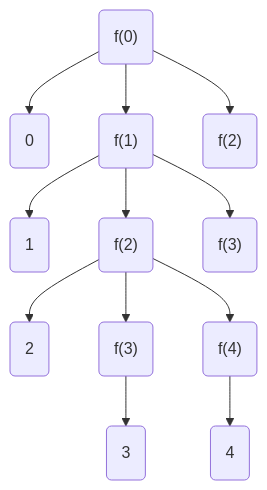
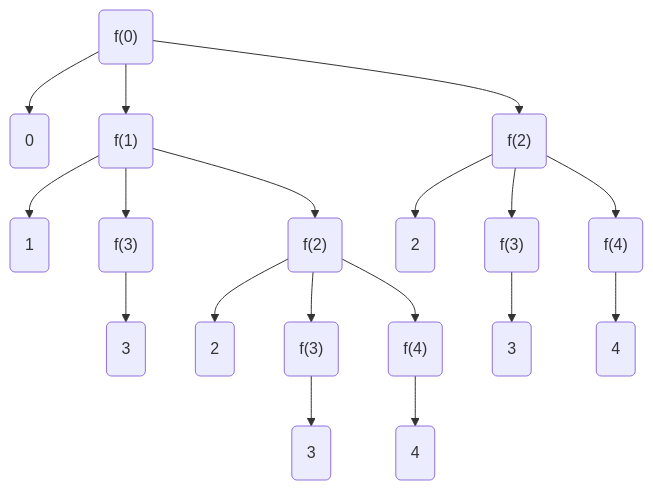
Before and after one commit to ImtiazKhanDS/notes: the second of 2 diagrams in Technical/DSA/Recursion.md, drawn with Mermaid. The commit also changed other lines of this file, not shown here.

Commit message:
Commit from imtiaz_personal_laptop on 01/10/2024, 10:10:35

````diff
--- a/Technical/DSA/Recursion.md
+++ b/Technical/DSA/Recursion.md
@@ -54,21 +55,32 @@
 ```mermaid
 graph TD
 
 f_0("f(0)") --> f_1_0("0")
 f_0("f(0)") --> f_1_1("f(1)")
 
 f_0("f(0)") --> f_1_2("f(2)")
 
 f_1_1 --> f_2_0("1")
 f_1_1 --> f_2_1("f(2)")
 f_1_1 --> f_2_2("f(3)")
 
+f_2_2 --> f_5_0("3")
+
 
 f_2_1 --> f_3_0("2")
 f_2_1 --> f_3_1("f(3)")
 f_2_1 --> f_3_2("f(4)")
 
 
 f_3_1 --> f_4_0("3")
 f_3_2 --> f_4_1("4")
+
+
+f_1_2 --> f_6_0("2")
+f_1_2 --> f_6_1("f(3)")
+f_1_2 --> f_6_2("f(4)")
+
+
+f_6_1 --> f_7_0("3")
+f_6_2 --> f_7_1("4")
 ```
````
